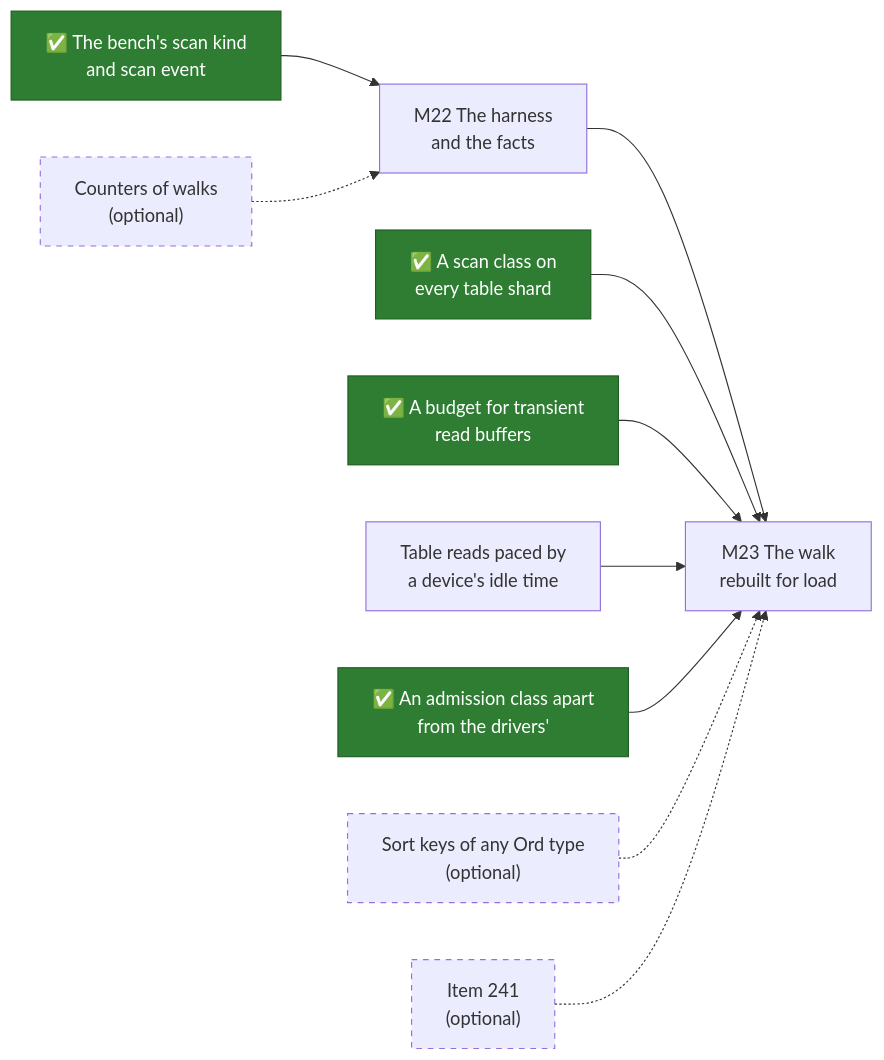
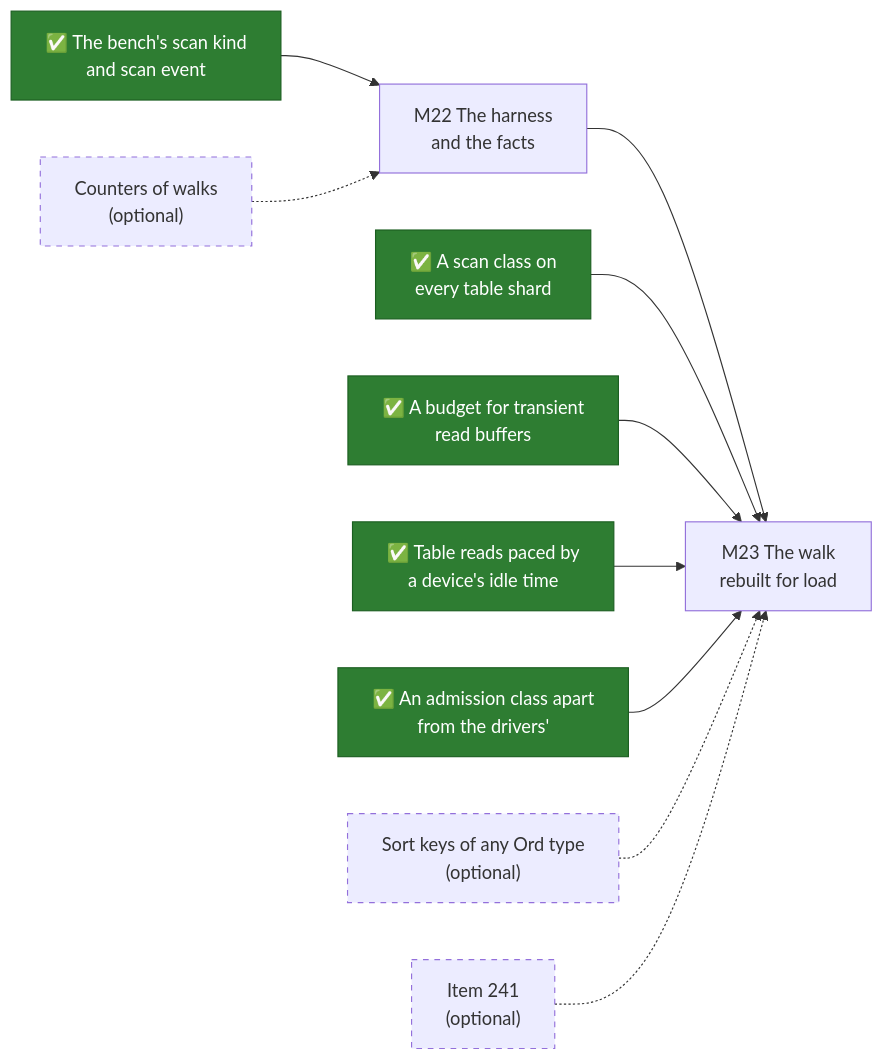
The diagram in docs/src/future-work/scans/prerequisites.md (mjcarson/shoal), drawn with Mermaid before and after one commit. The commit also changed other lines of this file and 31 other files, not shown here.

````diff
--- a/docs/src/future-work/scans/prerequisites.md
+++ b/docs/src/future-work/scans/prerequisites.md
@@ -207,24 +214,24 @@
 ```mermaid
 flowchart LR
     classDef done fill:#2e7d32,stroke:#1b5e20,color:#ffffff
     classDef optional stroke-dasharray: 5 5
     Bench["✅ The bench's scan kind<br>and scan event"]:::done
     Class["✅ A scan class on<br>every table shard"]:::done
     Budget["✅ A budget for transient<br>read buffers"]:::done
-    Pace["Table reads paced by<br>a device's idle time"]
+    Pace["✅ Table reads paced by<br>a device's idle time"]:::done
     Admit["✅ An admission class apart<br>from the drivers'"]:::done
     Counters["Counters of walks<br>(optional)"]:::optional
     SortKeys["Sort keys of any Ord type<br>(optional)"]:::optional
     I241["Item 241<br>(optional)"]:::optional
     M22["M22 The harness<br>and the facts"]
     M23["M23 The walk<br>rebuilt for load"]
     Bench --> M22
     M22 --> M23
     Class --> M23
     Budget --> M23
     Pace --> M23
     Admit --> M23
     Counters -.-> M22
     SortKeys -.-> M23
     I241 -.-> M23
 ```
````
